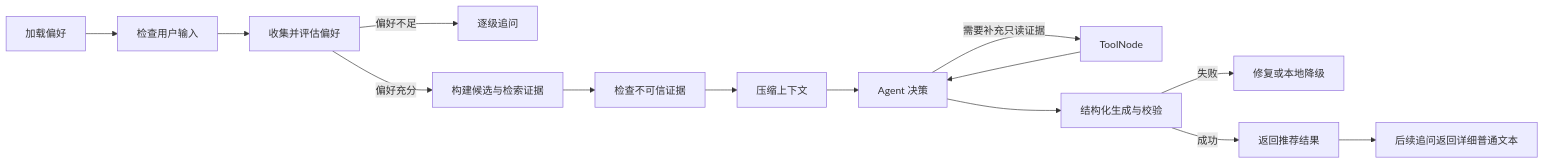
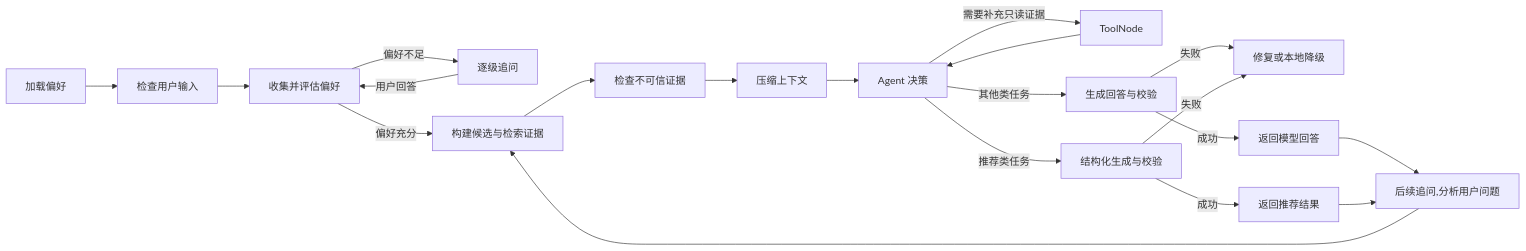
One commit to yileina343413182-crypto/project changed the diagram in README.md. Above: the diagram before and after it, drawn with Mermaid. The commit also changed other lines of this file, not shown here.

````diff
--- a/README.md
+++ b/README.md
@@ -508,16 +508,22 @@
 ```mermaid
 flowchart LR
     A["加载偏好"] --> B["检查用户输入"]
     B --> C["收集并评估偏好"]
     C -->|偏好不足| D["逐级追问"]
+    D -->|用户回答| C
     C -->|偏好充分| E["构建候选与检索证据"]
     E --> F["检查不可信证据"]
     F --> G["压缩上下文"]
     G --> H["Agent 决策"]
     H -->|需要补充只读证据| I["ToolNode"]
     I --> H
-    H --> J["结构化生成与校验"]
+    H --> |推荐类任务| J["结构化生成与校验"]
+    H --> |其他类任务| P["生成回答与校验"]
+    P -->|失败| K["修复或本地降级"]
+    P -->|成功| O["返回模型回答"]
     J -->|失败| K["修复或本地降级"]
     J -->|成功| L["返回推荐结果"]
-    L --> M["后续追问返回详细普通文本"]
+    O --> M["后续追问,分析用户问题"]
+    L --> M["后续追问,分析用户问题"]
+    M --> E
 ```
````
